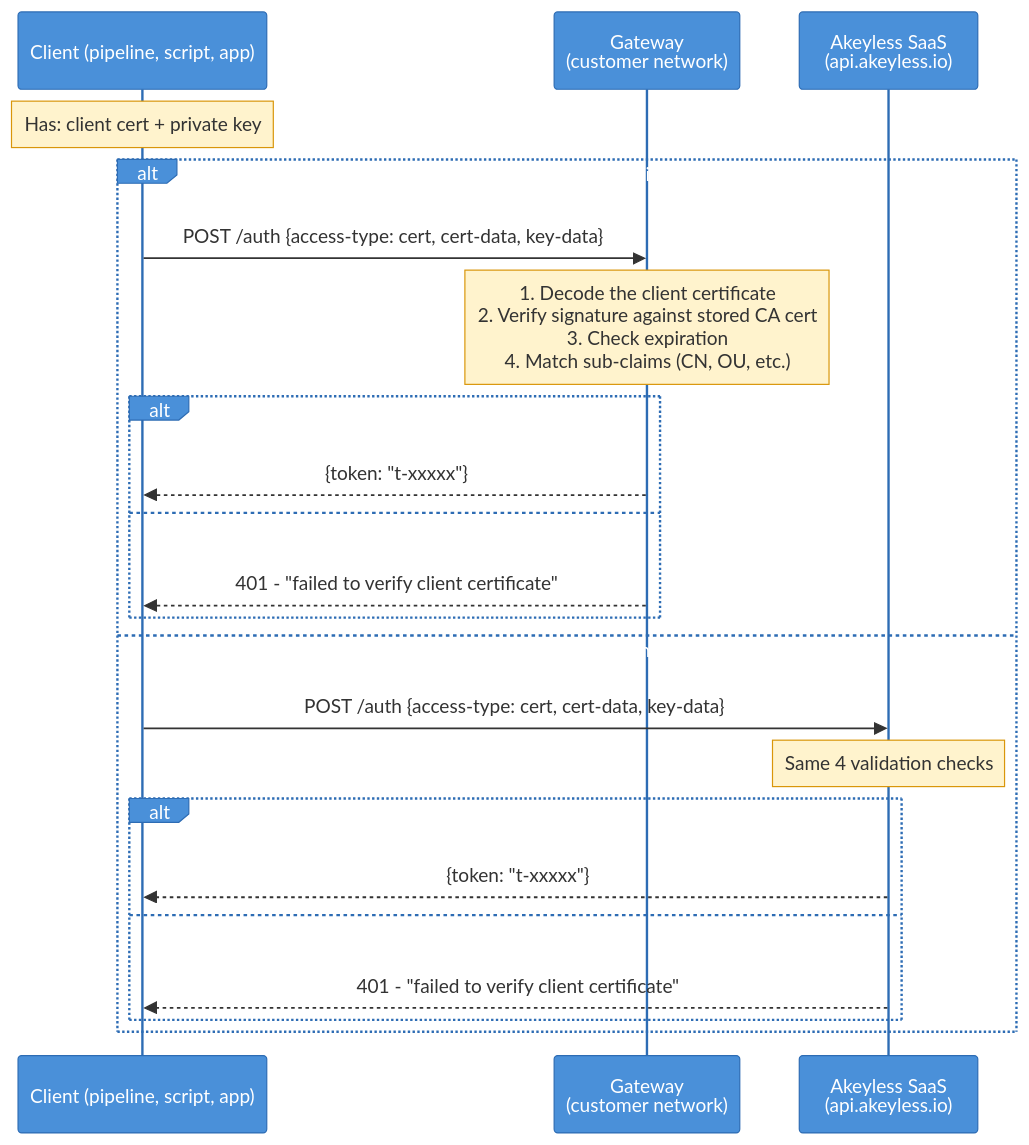
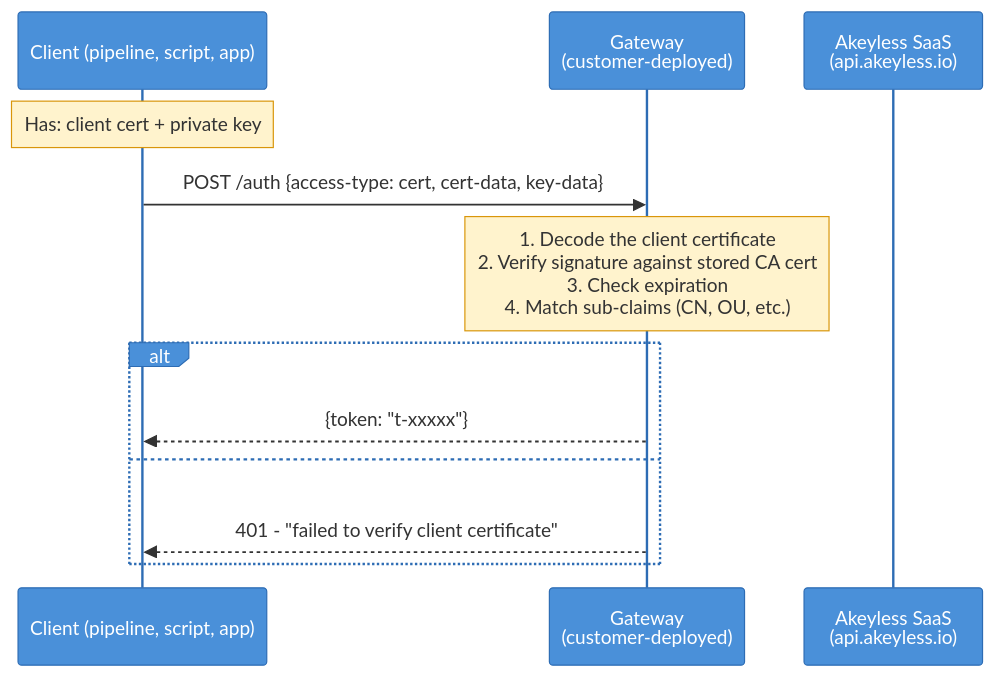
One commit to Fahmy-Kadiri-akl/akeyless-certificate-auth changed the second of 6 diagrams in README.md. Above: the diagram before and after it, drawn with Mermaid. The commit also changed other lines of this file, not shown here.

Commit message:
Make Gateway the primary auth path, SaaS as CLI/UI alternative

````diff
--- a/README.md
+++ b/README.md
@@ -69,39 +69,31 @@
 ```mermaid
 ---
 config:
   look: handDrawn
   theme: base
   themeVariables:
     actorBkg: "#4A90D9"
     actorTextColor: "#fff"
     actorBorder: "#2D6CB4"
     signalColor: "#333"
     noteBkgColor: "#FFF3CD"
     noteBorderColor: "#D9960A"
     noteTextColor: "#333"
 ---
 sequenceDiagram
     participant Client as Client (pipeline, script, app)
-    participant GW as Gateway<br/>(customer network)
+    participant GW as Gateway<br/>(customer-deployed)
     participant AKL as Akeyless SaaS<br/>(api.akeyless.io)
 
     Note over Client: Has: client cert + private key
 
-    alt Authenticate via Gateway (internal clients)
-        Client->>GW: POST /auth {access-type: cert, cert-data, key-data}
-        Note over GW: 1. Decode the client certificate<br/>2. Verify signature against stored CA cert<br/>3. Check expiration<br/>4. Match sub-claims (CN, OU, etc.)
-        alt Validation passes
-            GW-->>Client: {token: "t-xxxxx"}
-        else Validation fails
-            GW-->>Client: 401 - "failed to verify client certificate"
-        end
-    else Authenticate via SaaS (external clients)
-        Client->>AKL: POST /auth {access-type: cert, cert-data, key-data}
-        Note over AKL: Same 4 validation checks
-        alt Validation passes
-            AKL-->>Client: {token: "t-xxxxx"}
-        else Validation fails
-            AKL-->>Client: 401 - "failed to verify client certificate"
-        end
+    Client->>GW: POST /auth {access-type: cert, cert-data, key-data}
+
+    Note over GW: 1. Decode the client certificate<br/>2. Verify signature against stored CA cert<br/>3. Check expiration<br/>4. Match sub-claims (CN, OU, etc.)
+
+    alt Validation passes
+        GW-->>Client: {token: "t-xxxxx"}
+    else Validation fails
+        GW-->>Client: 401 - "failed to verify client certificate"
     end
 ```
````
